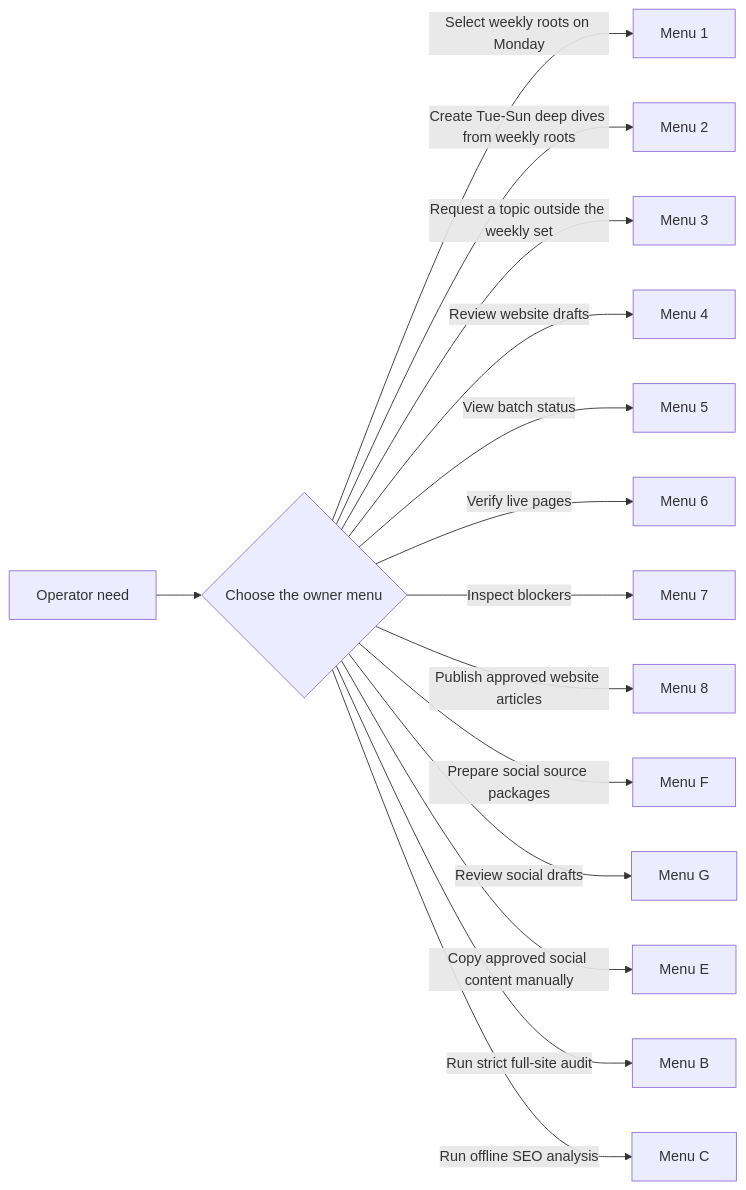
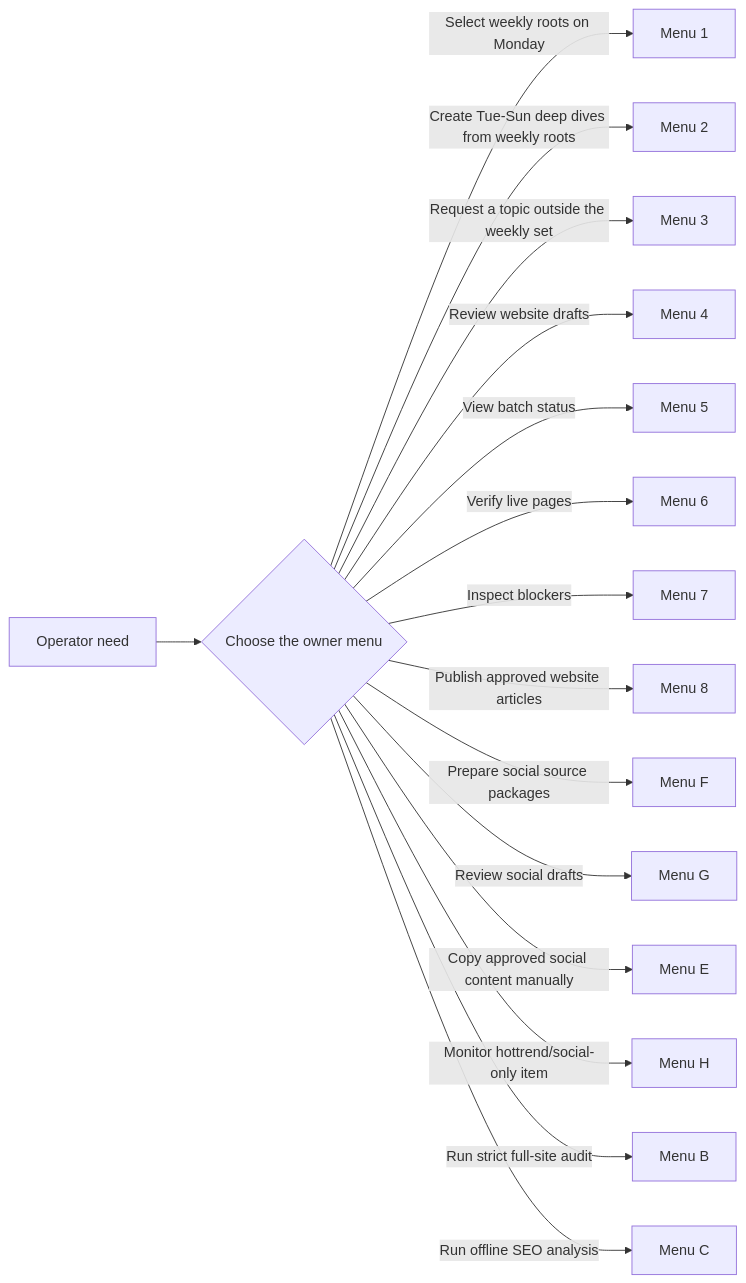
One commit to tuanpk1977/affiliate-bot changed the fourth of 10 diagrams in PROJECT_GUIDE.md. Above: the diagram before and after it, drawn with Mermaid. The commit also changed other lines of this file and 136 other files, not shown here.

````diff
--- a/PROJECT_GUIDE.md
+++ b/PROJECT_GUIDE.md
@@ -188,17 +340,18 @@
 ```mermaid
 flowchart LR
     O[Operator need] --> D{Choose the owner menu}
     D -->|Select weekly roots on Monday| M1[Menu 1]
     D -->|Create Tue-Sun deep dives from weekly roots| M2[Menu 2]
     D -->|Request a topic outside the weekly set| M3[Menu 3]
     D -->|Review website drafts| M4[Menu 4]
     D -->|View batch status| M5[Menu 5]
     D -->|Verify live pages| M6[Menu 6]
     D -->|Inspect blockers| M7[Menu 7]
     D -->|Publish approved website articles| M8[Menu 8]
     D -->|Prepare social source packages| MF[Menu F]
     D -->|Review social drafts| MG[Menu G]
     D -->|Copy approved social content manually| ME[Menu E]
+    D -->|Monitor hottrend/social-only item| MH[Menu H]
     D -->|Run strict full-site audit| MB[Menu B]
     D -->|Run offline SEO analysis| MC[Menu C]
 ```
````
